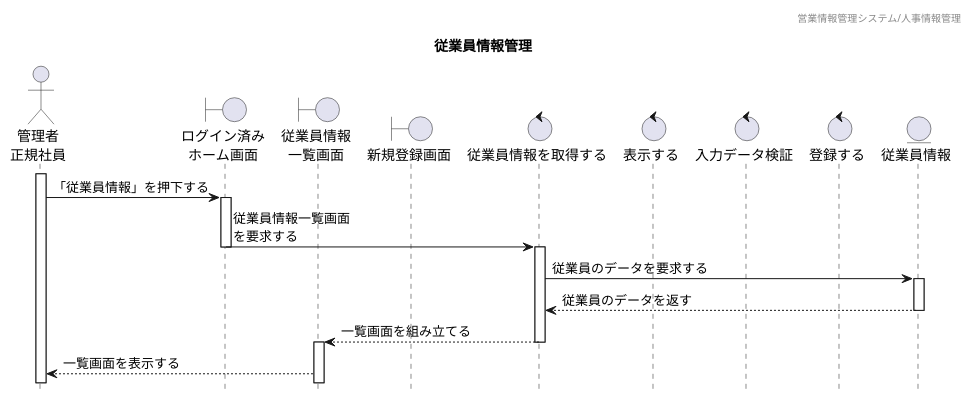
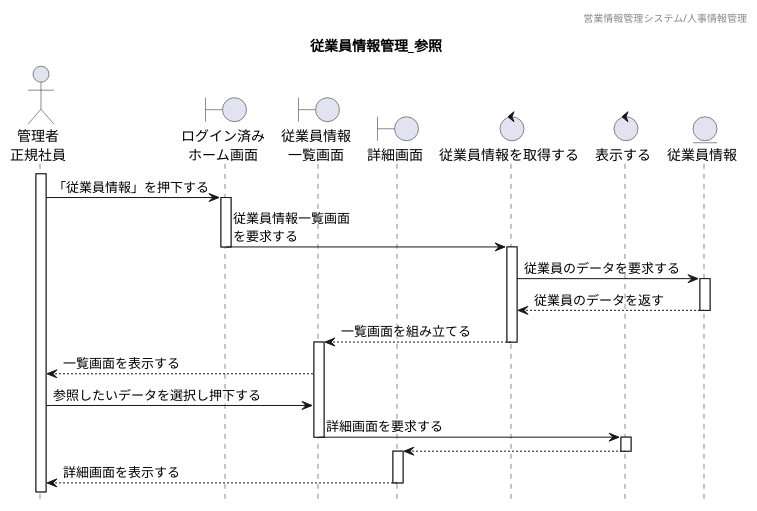
One commit to HaruShim/Sotuken changed the diagram in 各種設計書/4シーケンス図/2.管理者-人事_詳細参照.plantuml. Above: the diagram before and after it, drawn with PlantUML. The commit also changed 5 other files, not shown here.

```diff
--- a/各種設計書/4シーケンス図/2.管理者-人事_詳細参照.plantuml
+++ b/各種設計書/4シーケンス図/2.管理者-人事_詳細参照.plantuml
@@ -1,45 +1,53 @@
 @startuml シーケンス図
 ' 下アイコン除去
 hide footbox
 ' ヘッダー
 header 営業情報管理システム/人事情報管理
 ' タイトル
-title 従業員情報管理
+title 従業員情報管理_参照
 
 
 ' アイコン
 actor "管理者\n正規社員" as Act
 boundary "ログイン済み\nホーム画面" as HomeSc
 boundary "従業員情報\n一覧画面" as StaffListSc
-boundary "新規登録画面" as RegiSc
+boundary "詳細画面" as StaffSc
 control "従業員情報を取得する" as StaffCl
 control "表示する" as ScCl
-control "入力データ検証" as JudgeCl
-control "登録する" as RegiCl
 entity "従業員情報" as StaffDB
 
 
 
 ' ログイン済みホーム画面から一覧表示までのシーケンス
 activate Act
 Act -> HomeSc : 「従業員情報」を押下する
 activate HomeSc
 HomeSc -> StaffCl : 従業員情報一覧画面\nを要求する
 deactivate
 activate StaffCl
 
 StaffCl -> StaffDB : 従業員のデータを要求する
 activate StaffDB
 StaffCl <-- StaffDB : 従業員のデータを返す
 deactivate
 StaffListSc <-- StaffCl : 一覧画面を組み立てる
 deactivate
 activate StaffListSc
 Act <-- StaffListSc : 一覧画面を表示する
 
 
+' 詳細画面表示までのシーケンス
+Act -> StaffListSc : 参照したいデータを選択し押下する
+StaffListSc -> ScCl : 詳細画面を要求する
+deactivate
+activate ScCl
+StaffSc <-- ScCl
+deactivate
+activate StaffSc
+Act <-- StaffSc : 詳細画面を表示する
+deactivate
 
 
 
 
 @enduml
```
